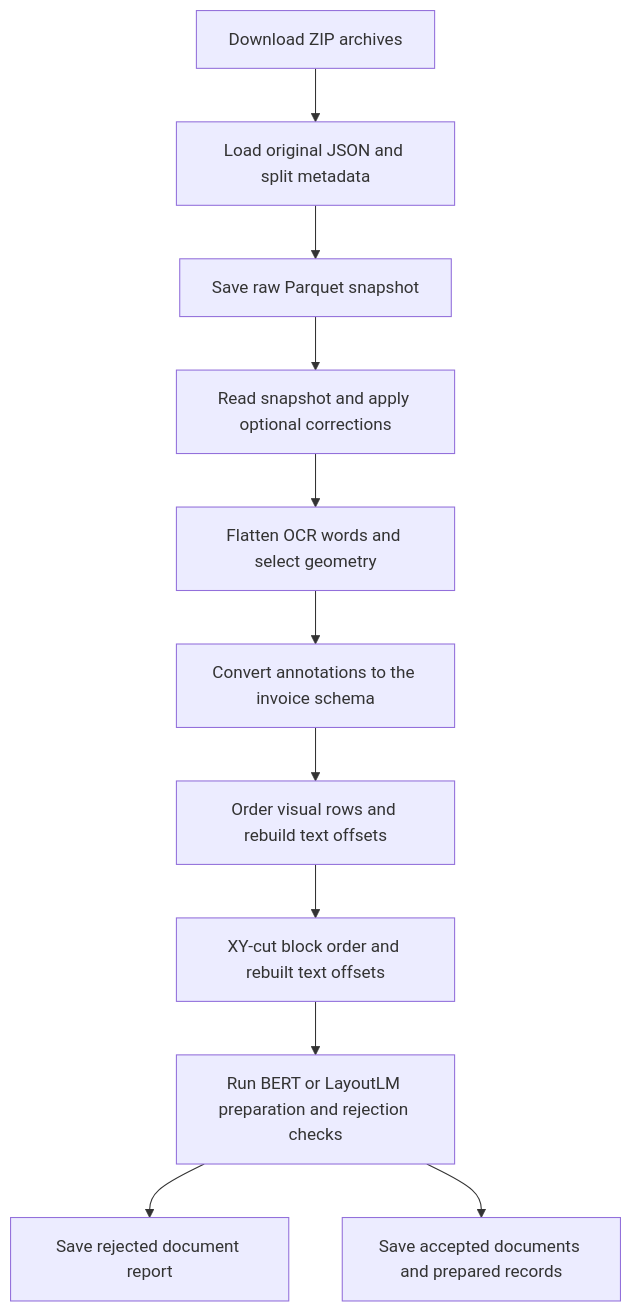
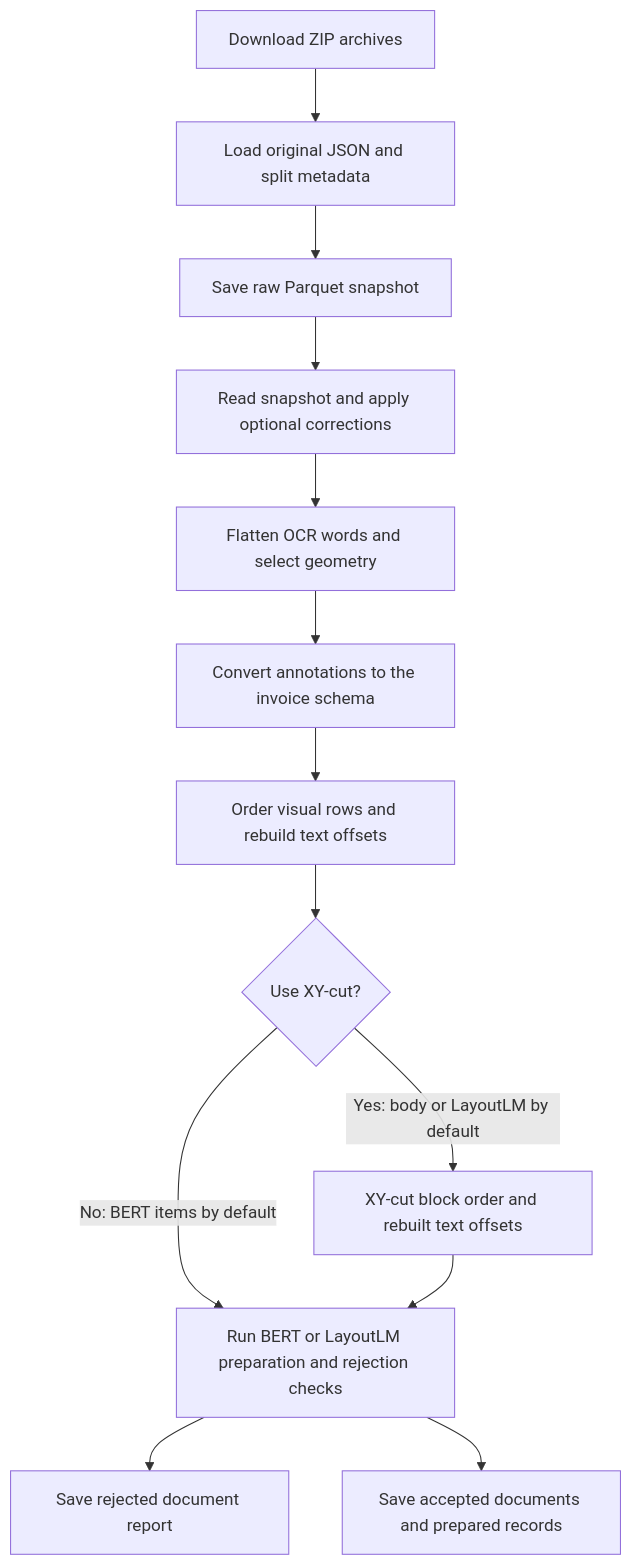
Before and after one commit to vsokoltsov/invoices-ocr: the first of 3 diagrams in docs/preprocessing.md, drawn with Mermaid. The commit also changed other lines of this file and 6 other files, not shown here.

Commit message:
Add xy cut to bert invoice body handling

````diff
--- a/docs/preprocessing.md
+++ b/docs/preprocessing.md
@@ -38,13 +38,15 @@
 ```mermaid
 flowchart TD
     A[Download ZIP archives] --> B[Load original JSON and split metadata]
     B --> R[Save raw Parquet snapshot]
     R --> C[Read snapshot and apply optional corrections]
     C --> D[Flatten OCR words and select geometry]
     D --> F[Convert annotations to the invoice schema]
     F --> E[Order visual rows and rebuild text offsets]
-    E --> X[XY-cut block order and rebuilt text offsets]
+    E --> Q{Use XY-cut?}
+    Q -->|Yes: body or LayoutLM by default| X[XY-cut block order and rebuilt text offsets]
+    Q -->|No: BERT items by default| M
     X --> M[Run BERT or LayoutLM preparation and rejection checks]
     M --> J[Save rejected document report]
     M --> H[Save accepted documents and prepared records]
 ```
````
